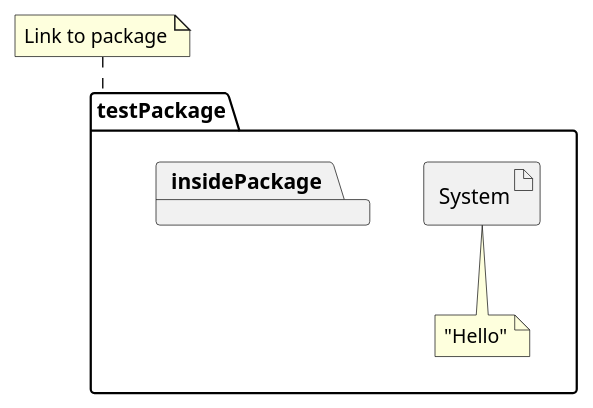
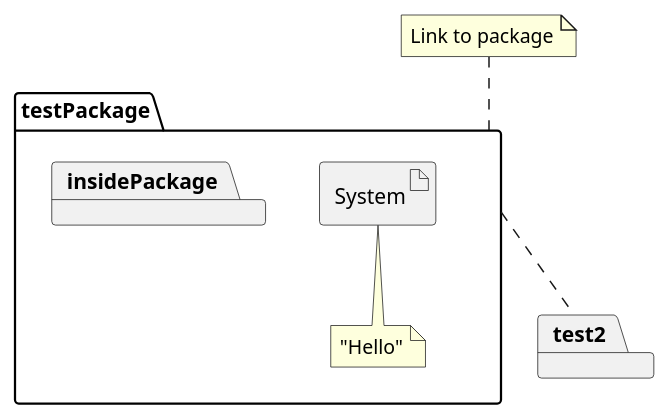
One commit to NoahHakansson/SE-PA1460 changed the diagram in packageTest.pu. Above: the diagram before and after it, drawn with PlantUML.

```diff
--- a/packageTest.pu
+++ b/packageTest.pu
@@ -1,13 +1,19 @@
 @startuml
 
 package testPackage {
     artifact System
     package insidePackage {
         
     }
     note bottom : "Hello"
 }
+
+package test2 {
+
+}
+
+testPackage .. test2
 note "Link to package" as test
 test .- testPackage
 
 @enduml
```
